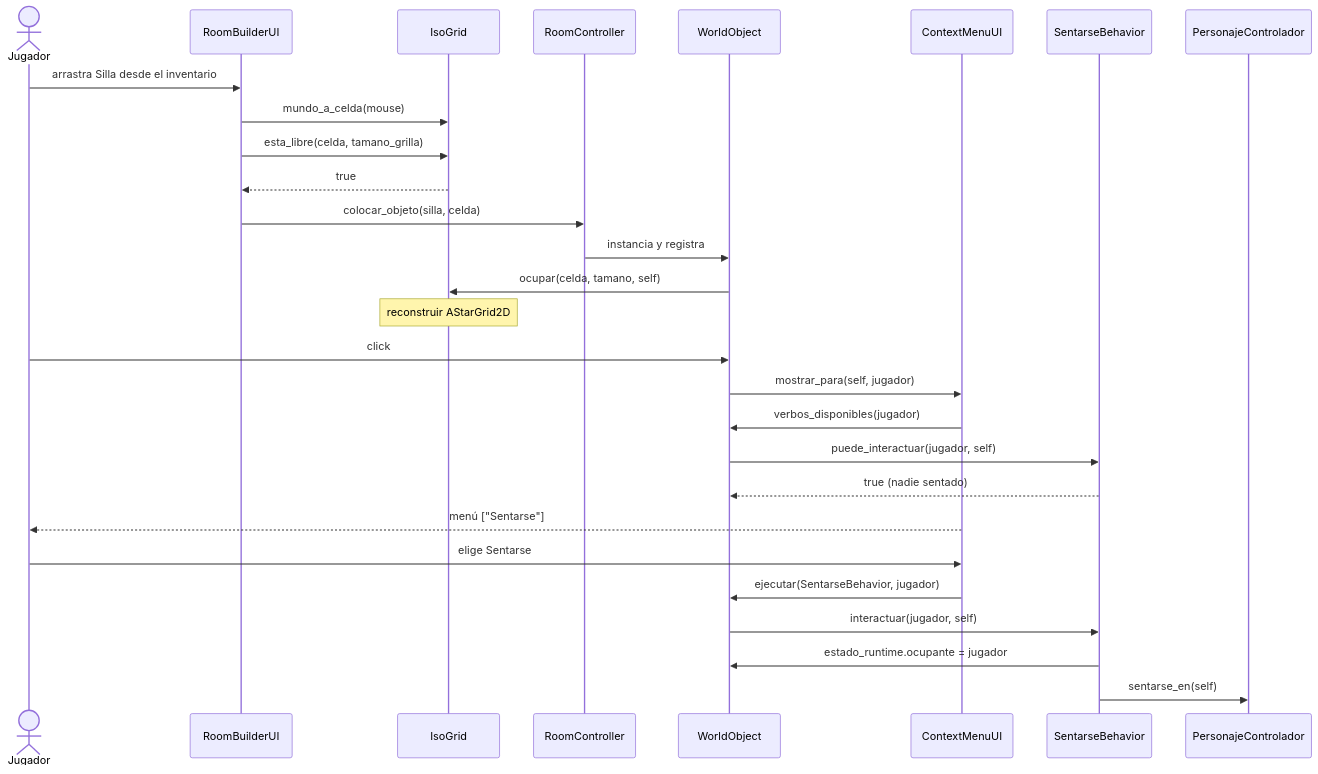
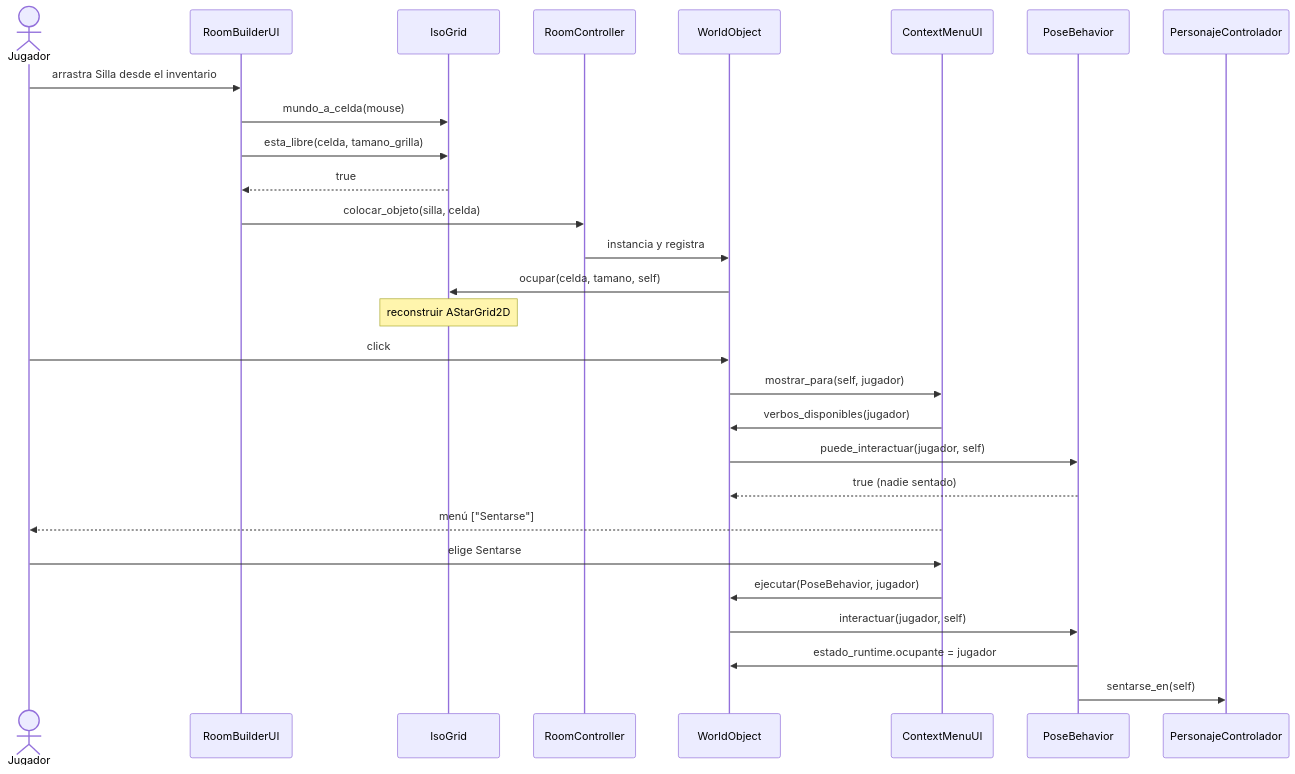
The sixth of 9 diagrams in docs/SISTEMAS.md (MumiolaDev/MumiolaCity), drawn with Mermaid before and after one commit. The commit also changed other lines of this file and 18 other files, not shown here.

````diff
--- a/docs/SISTEMAS.md
+++ b/docs/SISTEMAS.md
@@ -258,31 +258,31 @@
 ```mermaid
 sequenceDiagram
   actor J as Jugador
   participant BU as RoomBuilderUI
   participant Gr as IsoGrid
   participant Ro as RoomController
   participant W as WorldObject
   participant CM as ContextMenuUI
-  participant Be as SentarseBehavior
+  participant Be as PoseBehavior
   participant P as PersonajeControlador
 
   J->>BU: arrastra Silla desde el inventario
   BU->>Gr: mundo_a_celda(mouse)
   BU->>Gr: esta_libre(celda, tamano_grilla)
   Gr-->>BU: true
   BU->>Ro: colocar_objeto(silla, celda)
   Ro->>W: instancia y registra
   W->>Gr: ocupar(celda, tamano, self)
   Note over Gr: reconstruir AStarGrid2D
   J->>W: click
   W->>CM: mostrar_para(self, jugador)
   CM->>W: verbos_disponibles(jugador)
   W->>Be: puede_interactuar(jugador, self)
   Be-->>W: true (nadie sentado)
   CM-->>J: menú ["Sentarse"]
   J->>CM: elige Sentarse
-  CM->>W: ejecutar(SentarseBehavior, jugador)
+  CM->>W: ejecutar(PoseBehavior, jugador)
   W->>Be: interactuar(jugador, self)
   Be->>W: estado_runtime.ocupante = jugador
   Be->>P: sentarse_en(self)
 ```
````
